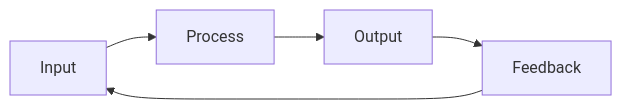
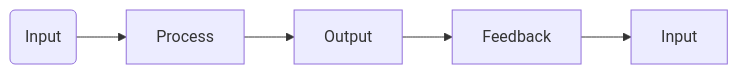
Before and after one commit to Heart4sides/DigitalGarden: the first of 3 diagrams in src/site/notes/CARDS/New Notes/Cognitive Functions.md, drawn with Mermaid.

Commit message:
Update content src/site/notes/CARDS/New Notes/Cognitive Functions.md

````diff
--- a/src/site/notes/CARDS/New Notes/Cognitive Functions.md
+++ b/src/site/notes/CARDS/New Notes/Cognitive Functions.md
@@ -17,7 +17,7 @@
 ```mermaid
 
 graph LR; 
-
-Input --> Process --> Output --> Feedback --> Input
-
+a(Input)
+a --> Process --> Output --> Feedback --> Input
+click a "obsidian://open?vault=Obsidian%20Vault&file=Input"
 ```
````
